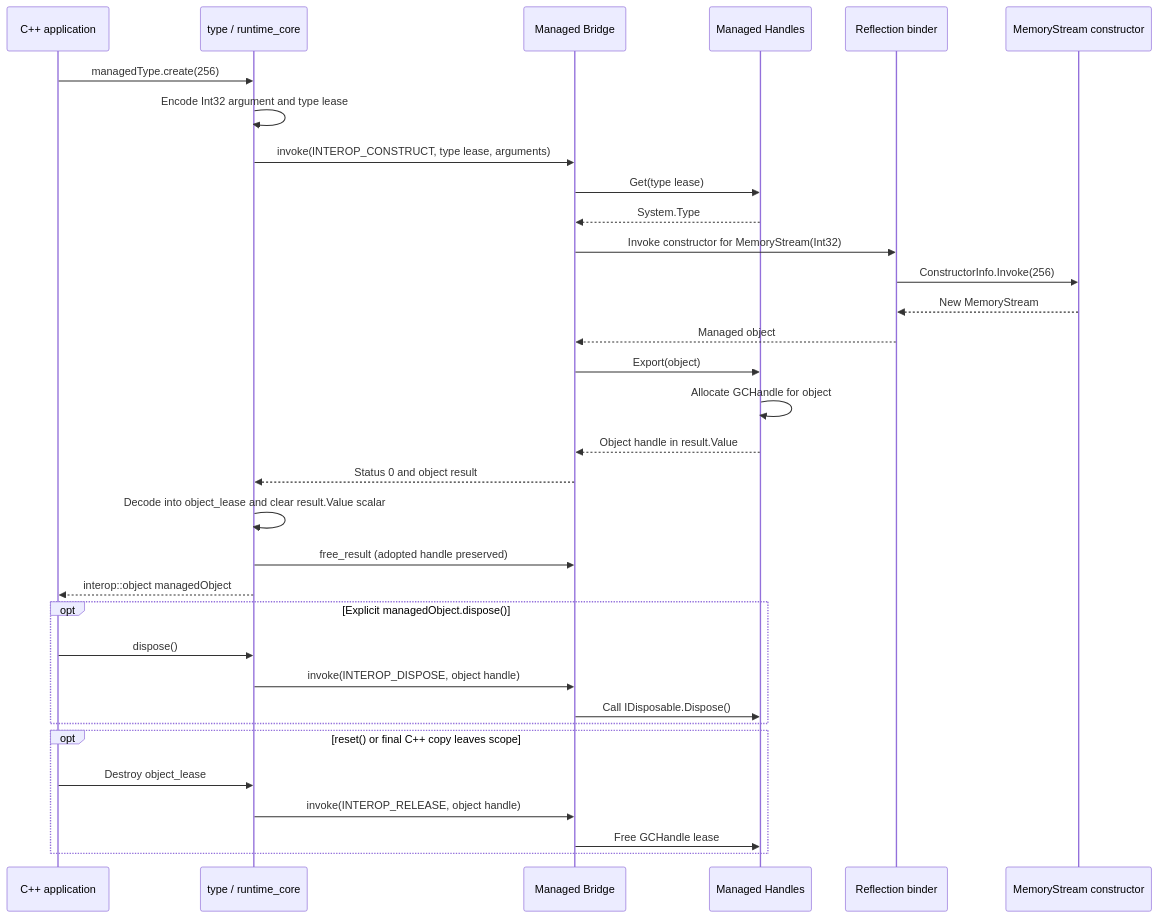
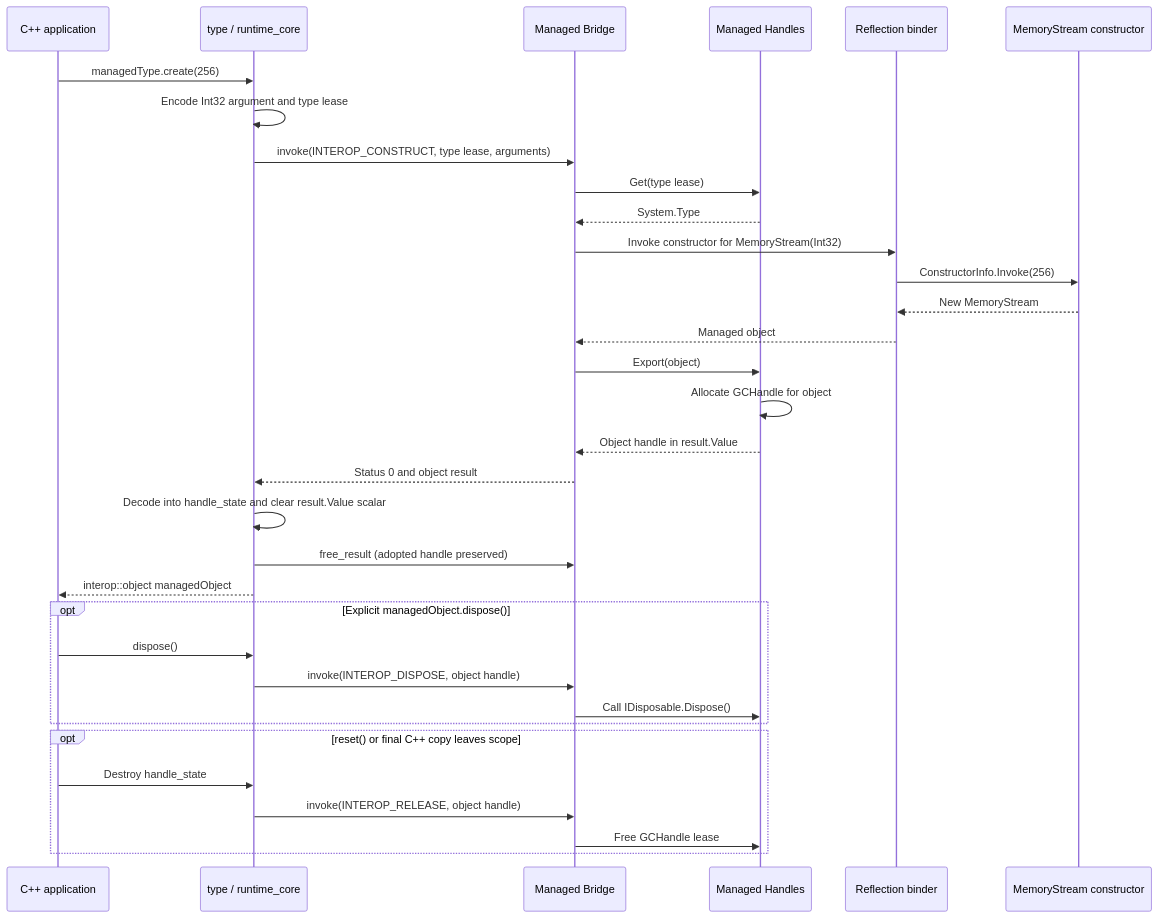
The second of 4 diagrams in unmanaged_to_managed/README.md (thms0x/hostfxr-interop), drawn with Mermaid before and after one commit. The commit also changed other lines of this file and 2 other files, not shown here.

Commit message:
Clarify managed handle ownership and simplify request encoding

````diff
--- a/unmanaged_to_managed/README.md
+++ b/unmanaged_to_managed/README.md
@@ -167,35 +167,35 @@
 ```mermaid
 sequenceDiagram
     participant App as C++ application
     participant Native as type / runtime_core
     participant Bridge as Managed Bridge
     participant Handles as Managed Handles
     participant Binding as Reflection binder
     participant CLR as MemoryStream constructor
     App->>Native: managedType.create(256)
     Native->>Native: Encode Int32 argument and type lease
     Native->>Bridge: invoke(INTEROP_CONSTRUCT, type lease, arguments)
     Bridge->>Handles: Get(type lease)
     Handles-->>Bridge: System.Type
     Bridge->>Binding: Invoke constructor for MemoryStream(Int32)
     Binding->>CLR: ConstructorInfo.Invoke(256)
     CLR-->>Binding: New MemoryStream
     Binding-->>Bridge: Managed object
     Bridge->>Handles: Export(object)
     Handles->>Handles: Allocate GCHandle for object
     Handles-->>Bridge: Object handle in result.Value
     Bridge-->>Native: Status 0 and object result
-    Native->>Native: Decode into object_lease and clear result.Value scalar
+    Native->>Native: Decode into handle_state and clear result.Value scalar
     Native->>Bridge: free_result (adopted handle preserved)
     Native-->>App: interop::object managedObject
     opt Explicit managedObject.dispose()
         App->>Native: dispose()
         Native->>Bridge: invoke(INTEROP_DISPOSE, object handle)
         Bridge->>Handles: Call IDisposable.Dispose()
     end
     opt reset() or final C++ copy leaves scope
-        App->>Native: Destroy object_lease
+        App->>Native: Destroy handle_state
         Native->>Bridge: invoke(INTEROP_RELEASE, object handle)
         Bridge->>Handles: Free GCHandle lease
     end
 ```
````
